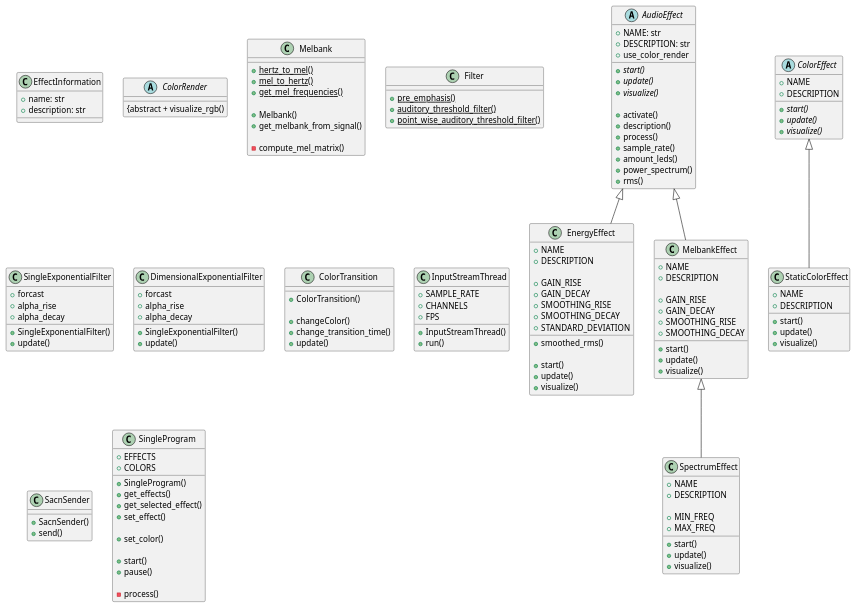
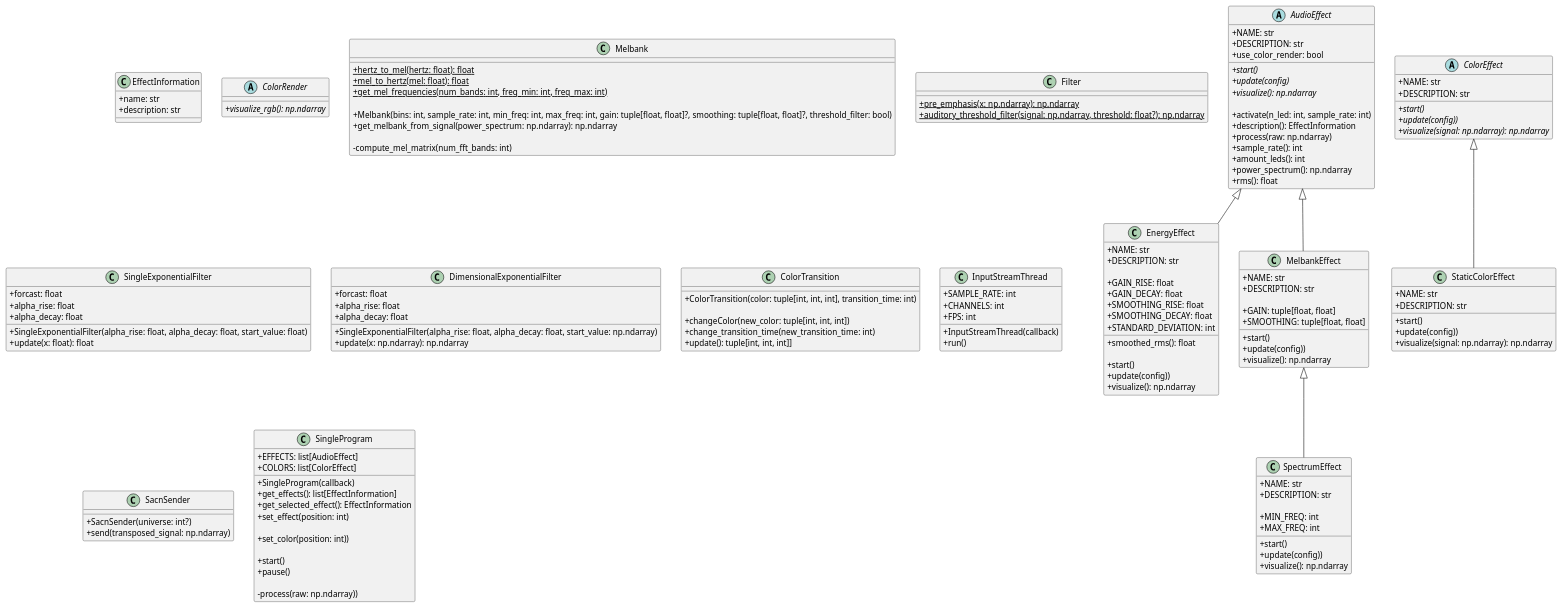
The diagram in diagrams/program.puml (felix0351z/AudioVisualizer), drawn with PlantUML before and after one commit. The commit also changed 1 other file, not shown here.

Commit message:
Added diagrams

```diff
--- a/diagrams/program.puml
+++ b/diagrams/program.puml
@@ -1,5 +1,6 @@
 @startuml
 'https://plantuml.com/class-diagram
+skinparam classAttributeIconSize 0
 
 class EffectInformation {
     + name: str
@@ -9,66 +10,64 @@
 abstract class AudioEffect {
     + NAME: str
     + DESCRIPTION: str
-    + use_color_render
+    + use_color_render: bool
 
     {abstract} + start()
-    {abstract} + update()
-    {abstract} + visualize()
+    {abstract} + update(config)
+    {abstract} + visualize(): np.ndarray
 
-    + activate()
-    + description()
-    + process()
-    + sample_rate()
-    + amount_leds()
-    + power_spectrum()
-    + rms()
+    + activate(n_led: int, sample_rate: int)
+    + description(): EffectInformation
+    + process(raw: np.ndarray)
+    + sample_rate(): int
+    + amount_leds(): int
+    + power_spectrum(): np.ndarray
+    + rms(): float
 }
 
 abstract class ColorRender {
-    {abstract + visualize_rgb()
+    {abstract} + visualize_rgb(): np.ndarray
 }
 
 class EnergyEffect {
-    + NAME
-    + DESCRIPTION
+    + NAME: str
+    + DESCRIPTION: str
 
-    + GAIN_RISE
-    + GAIN_DECAY
-    + SMOOTHING_RISE
-    + SMOOTHING_DECAY
-    + STANDARD_DEVIATION
+    + GAIN_RISE: float
+    + GAIN_DECAY: float
+    + SMOOTHING_RISE: float
+    + SMOOTHING_DECAY: float
+    + STANDARD_DEVIATION: int
 
-    + smoothed_rms()
+    + smoothed_rms(): float
 
     + start()
-    + update()
-    + visualize()
+    + update(config))
+    + visualize(): np.ndarray
 }
 
 class MelbankEffect {
-    + NAME
-    + DESCRIPTION
+    + NAME: str
+    + DESCRIPTION: str
 
-    + GAIN_RISE
-    + GAIN_DECAY
-    + SMOOTHING_RISE
-    + SMOOTHING_DECAY
+    + GAIN: tuple[float, float]
+    + SMOOTHING: tuple[float, float]
 
     + start()
-    + update()
-    + visualize()
+    + update(config))
+    + visualize(): np.ndarray
 }
 
 class SpectrumEffect {
-    + NAME
-    + DESCRIPTION
+    + NAME: str
+    + DESCRIPTION: str
 
-    + MIN_FREQ
-    + MAX_FREQ
+    + MIN_FREQ: int
+    + MAX_FREQ: int
 
     + start()
-    + update()
-    + visualize()
+    + update(config))
+    + visualize(): np.ndarray
 
 
 }
@@ -81,64 +80,63 @@
 
 class Melbank {
 
-    {static} + hertz_to_mel()
-    {static} + mel_to_hertz()
-    {static} + get_mel_frequencies()
+    {static} + hertz_to_mel(hertz: float): float
+    {static} + mel_to_hertz(mel: float): float
+    {static} + get_mel_frequencies(num_bands: int, freq_min: int, freq_max: int)
 
-    + Melbank()
-    + get_melbank_from_signal()
+    + Melbank(bins: int, sample_rate: int, min_freq: int, max_freq: int, gain: tuple[float, float]?, smoothing: tuple[float, float]?, threshold_filter: bool)
+    + get_melbank_from_signal(power_spectrum: np.ndarray): np.ndarray
 
-    - compute_mel_matrix()
+    - compute_mel_matrix(num_fft_bands: int)
 }
 
 class Filter {
 
-    {static} + pre_emphasis()
-    {static} + auditory_threshold_filter()
-    {static} + point_wise_auditory_threshold_filter()
+    {static} + pre_emphasis(x: np.ndarray): np.ndarray
+    {static} + auditory_threshold_filter(signal: np.ndarray, threshold: float?): np.ndarray
 
 }
 
 class SingleExponentialFilter {
-    + forcast
-    + alpha_rise
-    + alpha_decay
+    + forcast: float
+    + alpha_rise: float
+    + alpha_decay: float
 
-    + SingleExponentialFilter()
-    + update()
+    + SingleExponentialFilter(alpha_rise: float, alpha_decay: float, start_value: float)
+    + update(x: float): float
 
 
 }
 
 class DimensionalExponentialFilter {
-    + forcast
-    + alpha_rise
-    + alpha_decay
+    + forcast: float
+    + alpha_rise: float
+    + alpha_decay: float
 
-    + SingleExponentialFilter()
-    + update()
+    + SingleExponentialFilter(alpha_rise: float, alpha_decay: float, start_value: np.ndarray)
+    + update(x: np.ndarray): np.ndarray
 
 
 }
 
 abstract class ColorEffect {
-    + NAME
-    + DESCRIPTION
+    + NAME: str
+    + DESCRIPTION: str
 
     {abstract} + start()
-    {abstract} + update()
-    {abstract} + visualize()
+    {abstract} + update(config))
+    {abstract} + visualize(signal: np.ndarray): np.ndarray
 
 
 }
 
 class StaticColorEffect {
-    + NAME
-    + DESCRIPTION
+    + NAME: str
+    + DESCRIPTION: str
 
     + start()
-    + update()
-    + visualize()
+    + update(config))
+    + visualize(signal: np.ndarray): np.ndarray
 
 
 }
@@ -147,69 +145,47 @@
 
 
 class ColorTransition {
-    + ColorTransition()
+    + ColorTransition(color: tuple[int, int, int], transition_time: int)
 
-    + changeColor()
-    + change_transition_time()
-    + update()
+    + changeColor(new_color: tuple[int, int, int])
+    + change_transition_time(new_transition_time: int)
+    + update(): tuple[int, int, int]]
 }
 
 
 class InputStreamThread {
-    + SAMPLE_RATE
-    + CHANNELS
-    + FPS
+    + SAMPLE_RATE: int
+    + CHANNELS: int
+    + FPS: int
 
-    + InputStreamThread()
+    + InputStreamThread(callback)
     + run()
 
 }
 
 class SacnSender {
 
-    + SacnSender()
-    + send()
+    + SacnSender(universe: int?)
+    + send(transposed_signal: np.ndarray)
 
 }
 
 class SingleProgram {
 
-    + EFFECTS
-    + COLORS
+    + EFFECTS: list[AudioEffect]
+    + COLORS: list[ColorEffect]
 
-    + SingleProgram()
-    + get_effects()
-    + get_selected_effect()
-    + set_effect()
+    + SingleProgram(callback)
+    + get_effects(): list[EffectInformation]
+    + get_selected_effect(): EffectInformation
+    + set_effect(position: int)
 
-    + set_color()
+    + set_color(position: int))
 
     + start()
     + pause()
 
-    - process()
+    - process(raw: np.ndarray))
 }
 
-
-
-
-
-
-'Collection <|-- AbstractCollection
-
-'Collection <|- List
-'AbstractCollection <|- AbstractList
-'AbstractList <|-- ArrayList
-
-'class ArrayList {
-'Object[] elementData
-'size()
-'}
-
-'enum TimeUnit {
-'DAYS
-'HOURS
-'MINUTES
-'}
-
 @enduml
```
